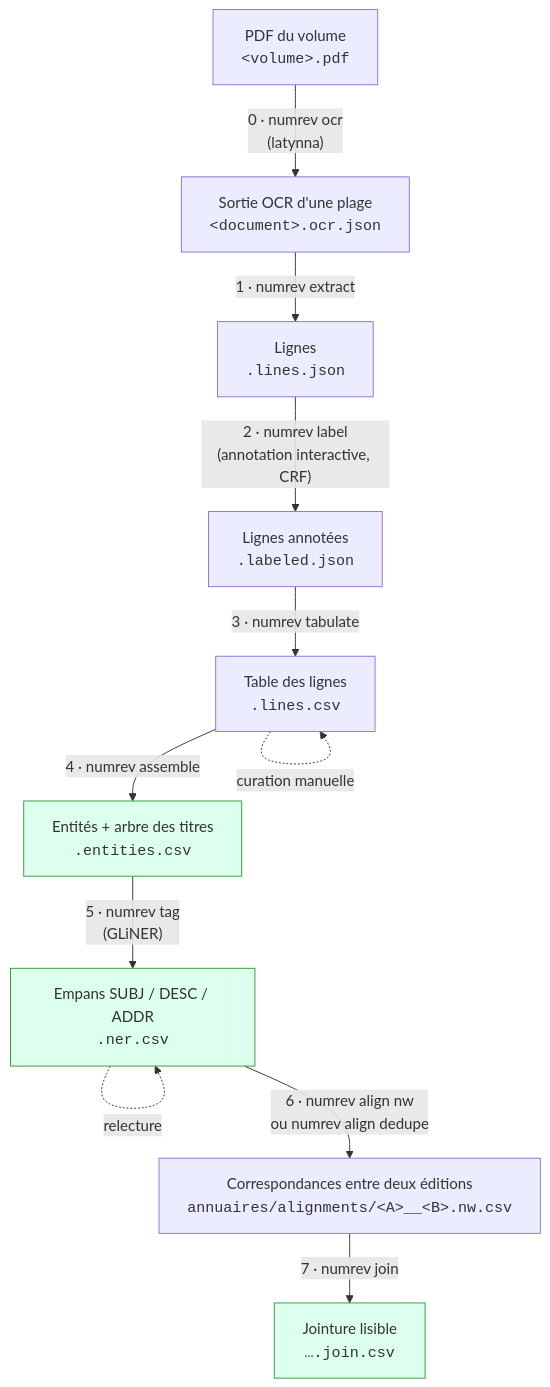
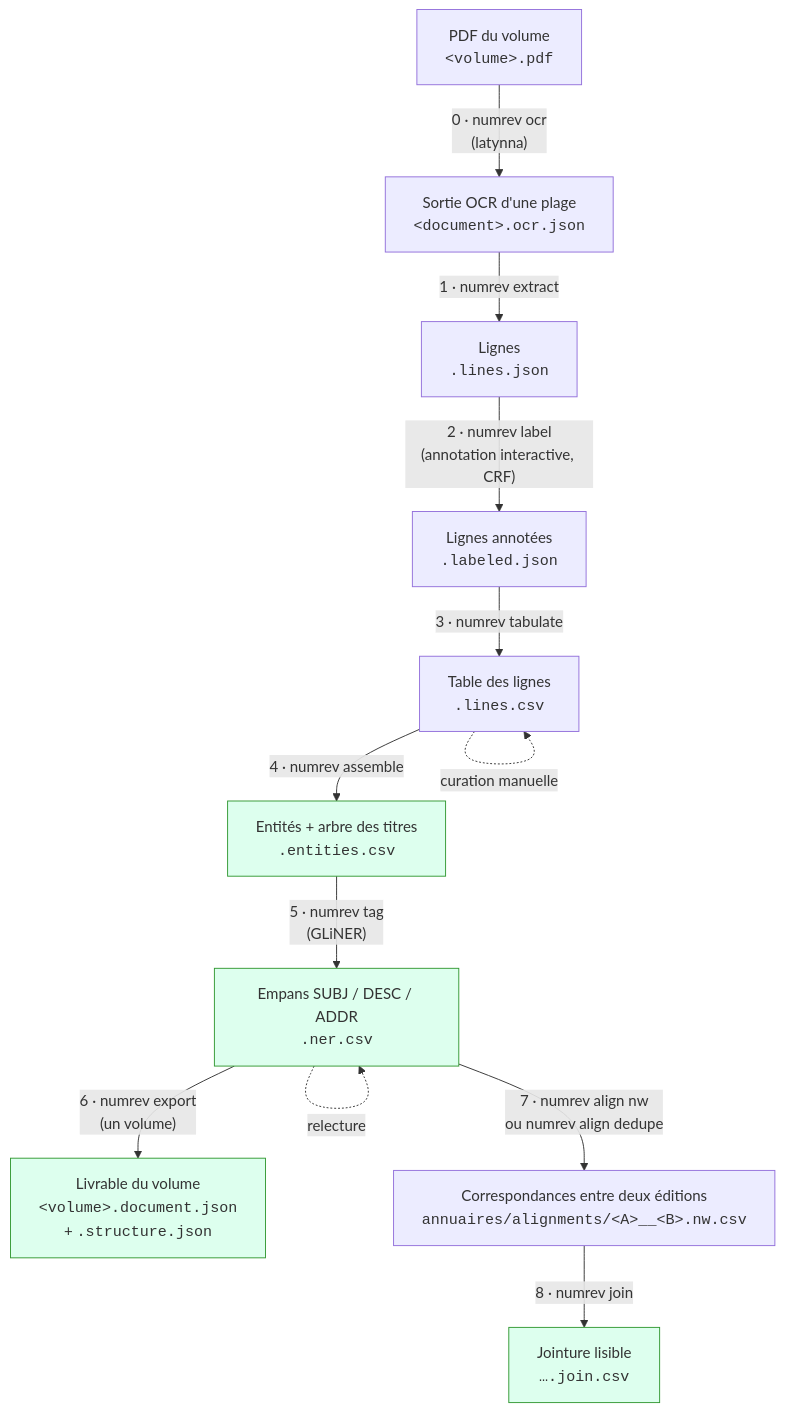
Before and after one commit to HueyNemud/adresses_revolutionnaires: the diagram in README.md, drawn with Mermaid. The commit also changed other lines of this file and 33 other files, not shown here.

First line of the commit message:
Add numrev export: a volume's deliverable as two linked JSON files

````diff
--- a/README.md
+++ b/README.md
@@ -44,18 +48,20 @@
 ```mermaid
 flowchart TD
     P["PDF du volume<br/><code>&lt;volume&gt;.pdf</code>"]
     P -->|"0 · numrev ocr<br/>(latynna)"| A["Sortie OCR d'une plage<br/><code>&lt;document&gt;.ocr.json</code>"]
     A -->|"1 · numrev extract"| B["Lignes<br/><code>.lines.json</code>"]
     B -->|"2 · numrev label<br/>(annotation interactive, CRF)"| C["Lignes annotées<br/><code>.labeled.json</code>"]
     C -->|"3 · numrev tabulate"| D["Table des lignes<br/><code>.lines.csv</code>"]
     D -.->|"curation manuelle"| D
     D -->|"4 · numrev assemble"| E["Entités + arbre des titres<br/><code>.entities.csv</code>"]
     E -->|"5 · numrev tag<br/>(GLiNER)"| F["Empans SUBJ / DESC / ADDR<br/><code>.ner.csv</code>"]
     F -.->|"relecture"| F
-    F -->|"6 · numrev align nw<br/>ou numrev align dedupe"| G["Correspondances entre deux éditions<br/><code>annuaires/alignments/&lt;A&gt;__&lt;B&gt;.nw.csv</code>"]
-    G -->|"7 · numrev join"| H["Jointure lisible<br/><code>….join.csv</code>"]
+    F -->|"6 · numrev export<br/>(un volume)"| V["Livrable du volume<br/><code>&lt;volume&gt;.document.json</code><br/>+ <code>.structure.json</code>"]
+    F -->|"7 · numrev align nw<br/>ou numrev align dedupe"| G["Correspondances entre deux éditions<br/><code>annuaires/alignments/&lt;A&gt;__&lt;B&gt;.nw.csv</code>"]
+    G -->|"8 · numrev join"| H["Jointure lisible<br/><code>….join.csv</code>"]
 
     style E fill:#dfe,stroke:#393
     style F fill:#dfe,stroke:#393
+    style V fill:#dfe,stroke:#393
     style H fill:#dfe,stroke:#393
 ```
````
